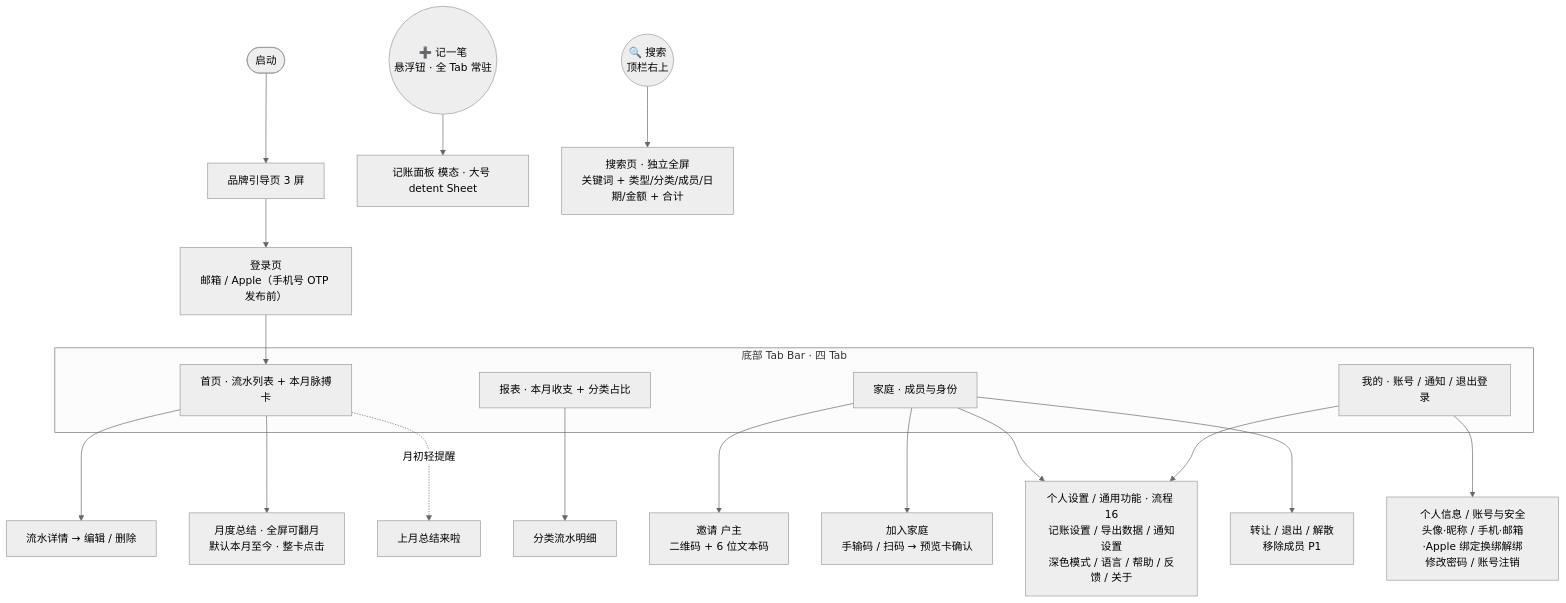
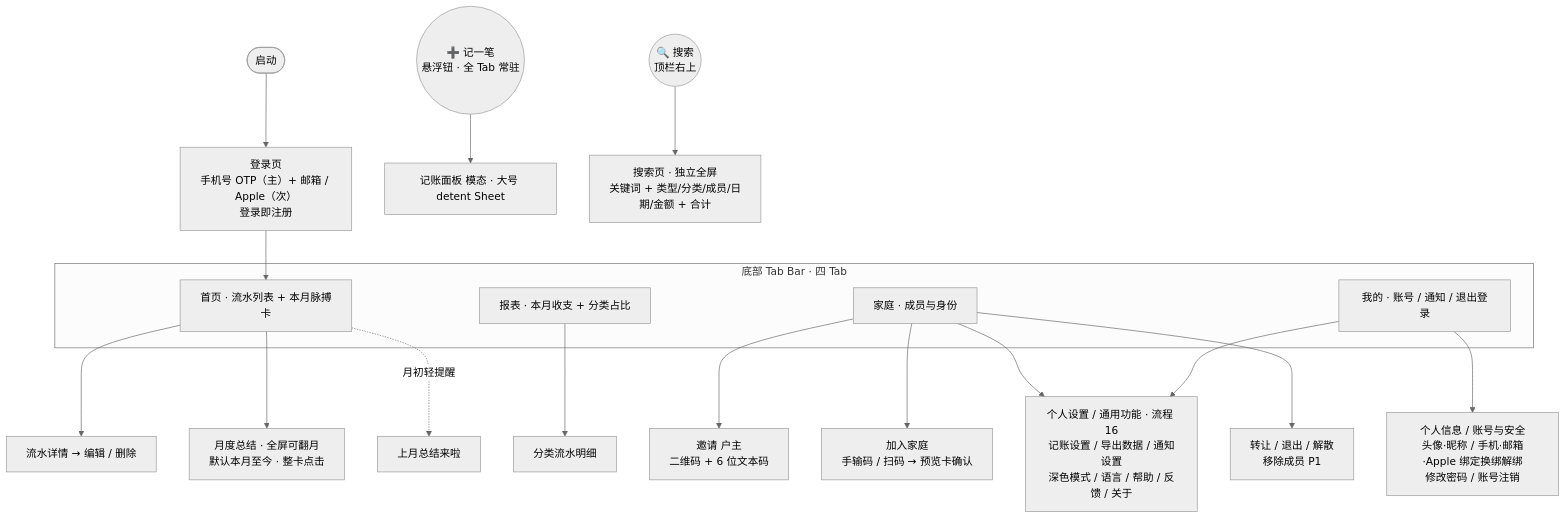
Before and after one commit to raochen0000/HomeBook: the diagram in docs/IA.md, drawn with Mermaid (neutral theme). The commit also changed other lines of this file and 2 other files, not shown here.

````diff
--- a/docs/IA.md
+++ b/docs/IA.md
@@ -49,33 +49,32 @@
 ```mermaid
 flowchart TD
-    Start([启动]) --> Guide[品牌引导页 3 屏]
-    Guide --> Login[登录页<br/>邮箱 / Apple（手机号 OTP 发布前）]
+    Start([启动]) --> Login[登录页<br/>手机号 OTP（主）+ 邮箱 / Apple（次）<br/>登录即注册]
     Login --> Home
 
     subgraph 主框架[底部 Tab Bar · 四 Tab]
       Home[首页 · 流水列表 + 本月脉搏卡]
       Report[报表 · 本月收支 + 分类占比]
       Family[家庭 · 成员与身份]
       Mine[我的 · 账号 / 通知 / 退出登录]
     end
 
     Add((➕ 记一笔<br/>悬浮钮 · 全 Tab 常驻))
     Search((🔍 搜索<br/>顶栏右上))
 
     Home --> Detail[流水详情 → 编辑 / 删除]
     Home --> Summary[月度总结 · 全屏可翻月<br/>默认本月至今 · 整卡点击]
     Home -.月初轻提醒.-> SummaryRemind[上月总结来啦]
 
     Add --> AddPanel[记账面板 模态 · 大号 detent Sheet]
     Search --> SearchPage[搜索页 · 独立全屏<br/>关键词 + 类型/分类/成员/日期/金额 + 合计]
 
     Report --> CatList[分类流水明细]
 
     Family --> Invite[邀请 户主<br/>二维码 + 6 位文本码]
     Family --> Join[加入家庭<br/>手输码 / 扫码 → 预览卡确认]
     Family --> Settings[家庭设置 户主<br/>改家庭名 / 封面]
     Family --> Manage[转让 / 退出 / 解散<br/>移除成员 P1]
 
     Mine --> Account[个人信息 / 账号与安全<br/>头像·昵称 / 手机·邮箱·Apple 绑定换绑解绑<br/>修改密码 / 账号注销]
     Mine --> Settings[个人设置 / 通用功能 · 流程 16<br/>记账设置 / 导出数据 / 通知设置<br/>深色模式 / 语言 / 帮助 / 反馈 / 关于]
 ```
````
